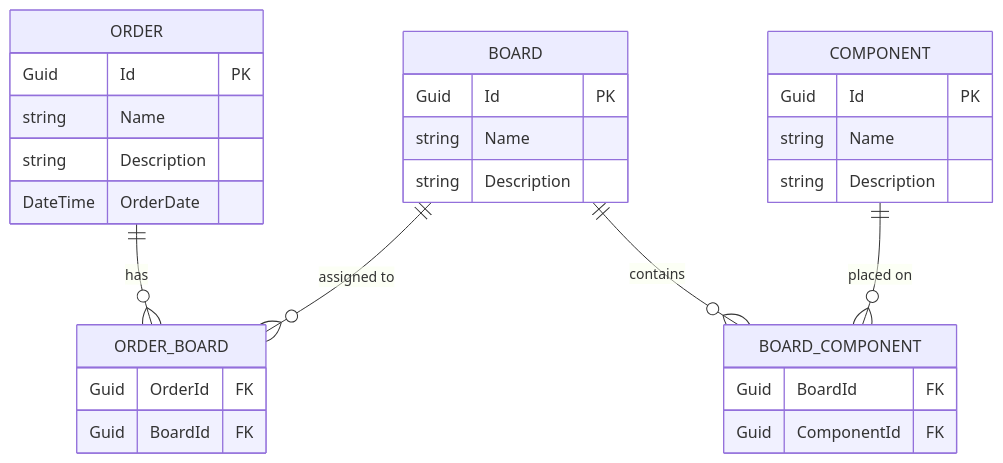
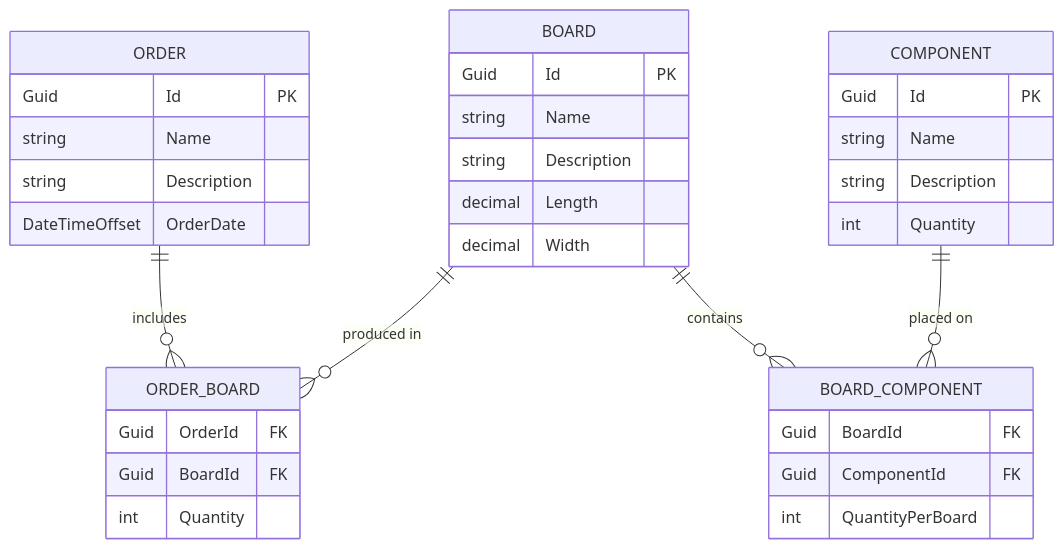
One commit to JosephinePl/OrderManager changed the diagram in docs/diagrams/domain-model.md. Above: the diagram before and after it, drawn with Mermaid. The commit also changed other lines of this file and 2 other files, not shown here.

Commit message:
add ADR-011 and update diagrams for domain ownership refactor

````diff
--- a/docs/diagrams/domain-model.md
+++ b/docs/diagrams/domain-model.md
@@ -5,32 +5,37 @@
 ```mermaid
 erDiagram
     ORDER {
-        Guid     Id          PK
-        string   Name
-        string   Description
-        DateTime OrderDate
+        Guid          Id          PK
+        string        Name
+        string        Description
+        DateTimeOffset OrderDate
     }
     BOARD {
-        Guid   Id          PK
-        string Name
-        string Description
+        Guid    Id          PK
+        string  Name
+        string  Description
+        decimal Length
+        decimal Width
     }
     COMPONENT {
         Guid   Id          PK
         string Name
         string Description
+        int    Quantity
     }
     ORDER_BOARD {
         Guid OrderId     FK
         Guid BoardId     FK
+        int  Quantity
     }
     BOARD_COMPONENT {
-        Guid BoardId     FK
-        Guid ComponentId FK
+        Guid BoardId        FK
+        Guid ComponentId    FK
+        int  QuantityPerBoard
     }
 
-    ORDER       ||--o{ ORDER_BOARD      : "has"
-    BOARD       ||--o{ ORDER_BOARD      : "assigned to"
+    ORDER       ||--o{ ORDER_BOARD      : "includes"
+    BOARD       ||--o{ ORDER_BOARD      : "produced in"
     BOARD       ||--o{ BOARD_COMPONENT  : "contains"
     COMPONENT   ||--o{ BOARD_COMPONENT  : "placed on"
 ```
````
